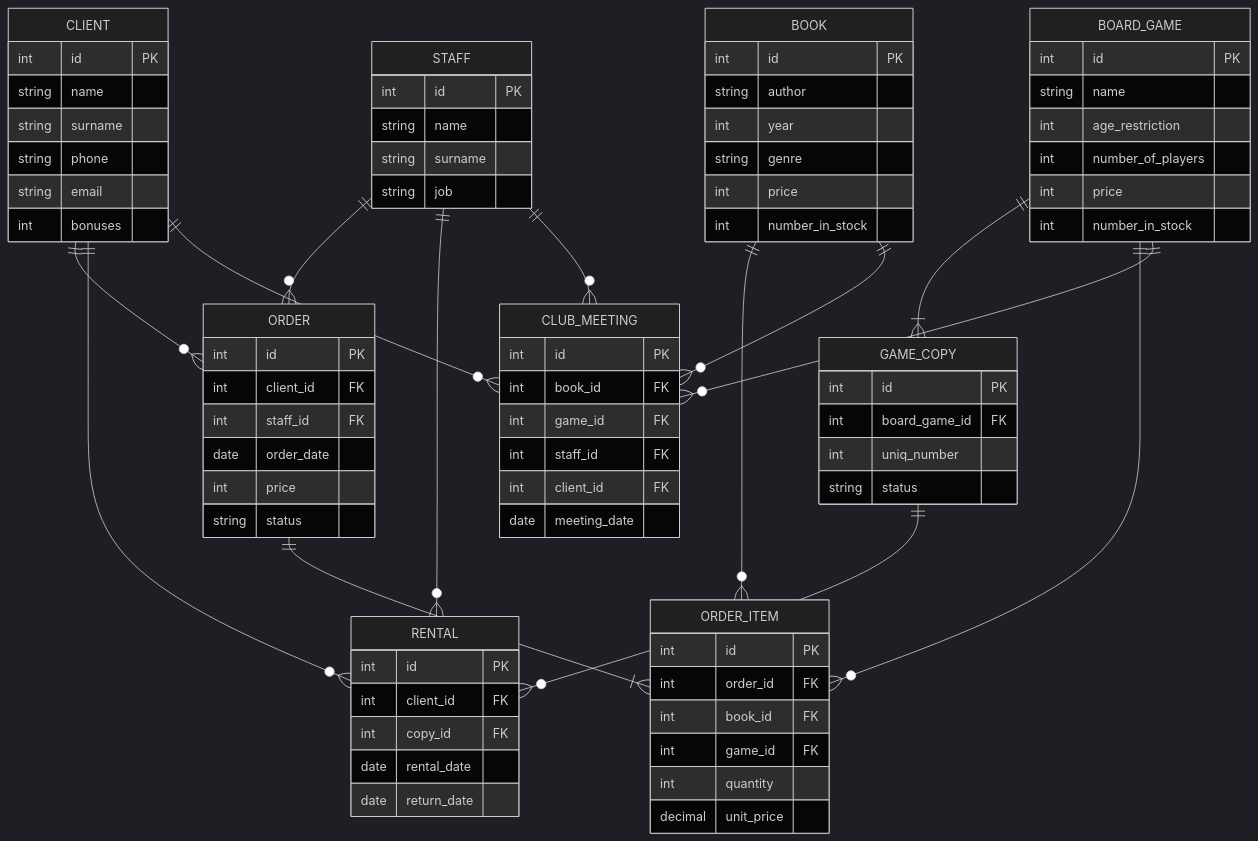
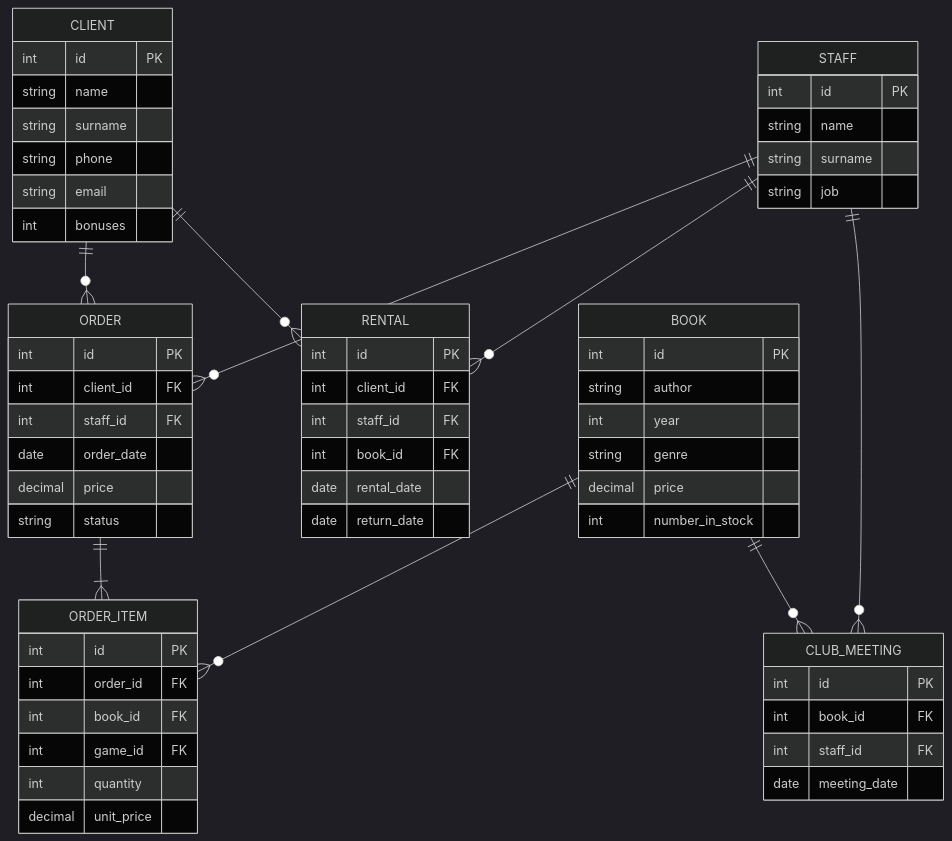
The diagram in task1/ERdiagram.mmd (sofiakiosova37-boop/bookshop_kpi2), drawn with Mermaid (dark theme) before and after one commit.

Commit message:
ERdiagram renewed

```diff
--- a/task1/ERdiagram.mmd
+++ b/task1/ERdiagram.mmd
@@ -1,91 +1,68 @@
 erDiagram
 CLIENT ||--o{ ORDER : ""
 CLIENT ||--o{ RENTAL : ""
-CLIENT ||--o{ CLUB_MEETING : ""
 STAFF ||--o{ ORDER : ""
 STAFF||--o{ RENTAL : ""
 STAFF ||--o{ CLUB_MEETING : ""
-BOARD_GAME ||--|{ GAME_COPY : ""
-GAME_COPY ||--o{ RENTAL : ""
 ORDER ||--|{ ORDER_ITEM : ""
 BOOK ||--o{ ORDER_ITEM : ""
-BOARD_GAME ||--o{ ORDER_ITEM : ""
 BOOK ||--o{ CLUB_MEETING : ""
-BOARD_GAME ||--o{ CLUB_MEETING : ""
 
 STAFF {
     int id PK
     string name
     string surname
     string job
 }
 
 CLIENT {
     int id PK
     string name
     string surname
     string phone
     string email
     int bonuses
 }
 
 BOOK {
     int id PK
     string author
     int year
     string genre
-    int price
+    decimal price
     int number_in_stock
-}
-
-BOARD_GAME {
-    int id PK
-    string name 
-    int age_restriction
-    int number_of_players
-    int price
-    int number_in_stock
-}
-
-GAME_COPY {
-    int id PK
-    int board_game_id FK
-    int uniq_number 
-    string status
-
 }
 
 ORDER {
     int id PK
     int client_id FK
     int staff_id FK
     date order_date 
-    int price
+    decimal price
     string status
 }
 
 RENTAL {
     int id PK
     int client_id FK 
-    int copy_id FK
+    int staff_id FK 
+    int book_id FK
     date rental_date
     date return_date
 }
 
 CLUB_MEETING {
     int id PK
     int book_id FK
-    int game_id FK
     int staff_id FK
-    int client_id FK
     date meeting_date
 }
 
 ORDER_ITEM {
     int id PK
     int order_id FK
     int book_id FK
     int game_id FK
     int quantity
     decimal unit_price
 }
```
